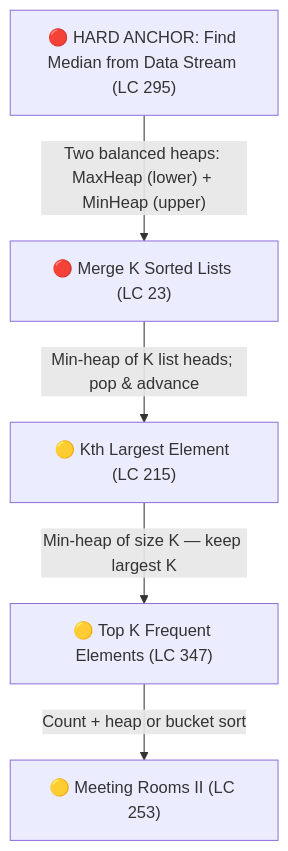
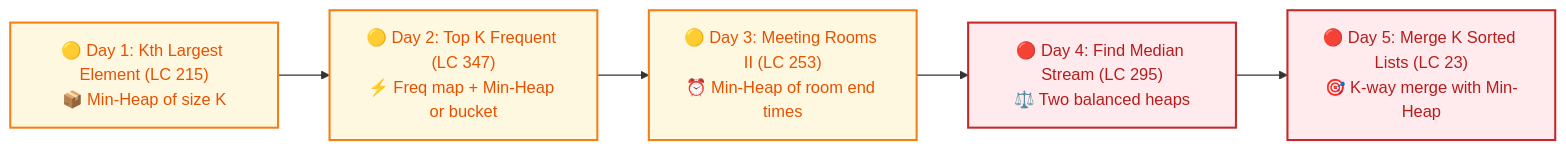
The sixth of 19 diagrams in Senior_dsa_question_list.md (dip4k/DSA_102), drawn with Mermaid before and after one commit. The commit also changed other lines of this file and 332 other files, not shown here.

````diff
--- a/Senior_dsa_question_list.md
+++ b/Senior_dsa_question_list.md
@@ -185,7 +221,14 @@
 ```mermaid
-flowchart TD
-    A["🔴 HARD ANCHOR: Find Median from Data Stream (LC 295)"] -->|"Two balanced heaps: MaxHeap (lower) + MinHeap (upper)"| B["🔴 Merge K Sorted Lists (LC 23)"]
-    B -->|"Min-heap of K list heads; pop & advance"| C["🟡 Kth Largest Element (LC 215)"]
-    C -->|"Min-heap of size K — keep largest K"| D["🟡 Top K Frequent Elements (LC 347)"]
-    D -->|"Count + heap or bucket sort"| E["🟡 Meeting Rooms II (LC 253)"]
+flowchart LR
+    classDef startNode fill:#e8f5e9,stroke:#2e7d32,stroke-width:2px,color:#1b5e20
+    classDef midNode fill:#fff8e1,stroke:#f57f17,stroke-width:2px,color:#e65100
+    classDef hardNode fill:#ffebee,stroke:#c62828,stroke-width:2px,color:#b71c1c
+
+    A["🟡 Day 1: Kth Largest Element (LC 215)<br/>📦 Min-Heap of size K"]:::midNode
+    B["🟡 Day 2: Top K Frequent (LC 347)<br/>⚡ Freq map + Min-Heap or bucket"]:::midNode
+    C["🟡 Day 3: Meeting Rooms II (LC 253)<br/>⏰ Min-Heap of room end times"]:::midNode
+    D["🔴 Day 4: Find Median Stream (LC 295)<br/>⚖️ Two balanced heaps"]:::hardNode
+    E["🔴 Day 5: Merge K Sorted Lists (LC 23)<br/>🎯 K-way merge with Min-Heap"]:::hardNode
+
+    A --> B --> C --> D --> E
 ```
````
